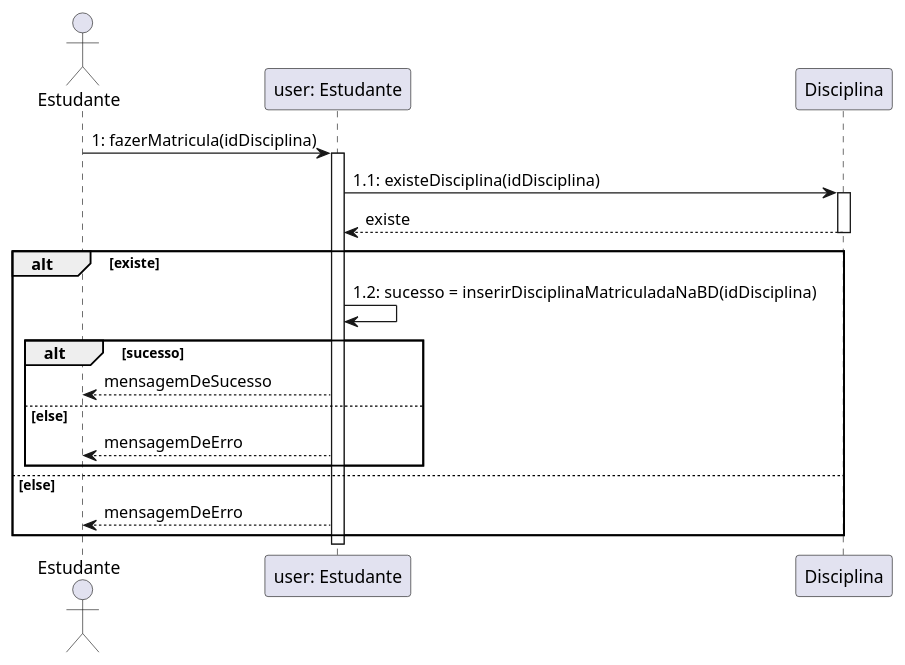
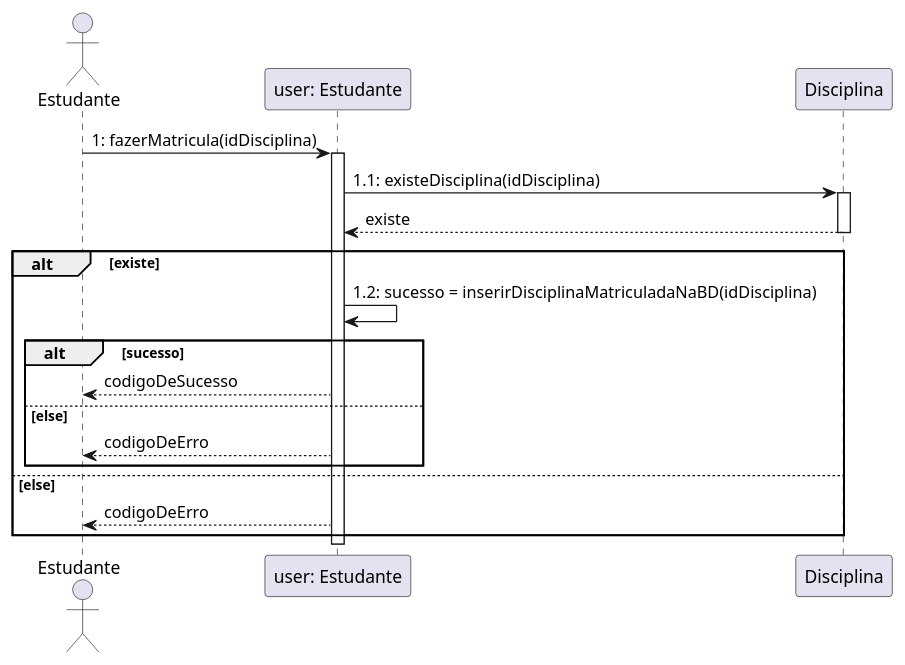
One commit to lucasg-mm/ensinet changed the diagram in diagramas_interacao/diagramas_sequencia/fazer_matricula.plantuml. Above: the diagram before and after it, drawn with PlantUML. The commit also changed 3 other files, not shown here.

```diff
--- a/diagramas_interacao/diagramas_sequencia/fazer_matricula.plantuml
+++ b/diagramas_interacao/diagramas_sequencia/fazer_matricula.plantuml
@@ -1,20 +1,20 @@
 @startuml fazer_matricula
 actor Estudante
 Estudante->"user: Estudante": 1: fazerMatricula(idDisciplina)
 activate "user: Estudante"
 "user: Estudante"->Disciplina: 1.1: existeDisciplina(idDisciplina)
 activate "Disciplina"
 Disciplina-->"user: Estudante": existe 
 deactivate "Disciplina"
 alt existe
 "user: Estudante"->"user: Estudante": 1.2: sucesso = inserirDisciplinaMatriculadaNaBD(idDisciplina)
 alt sucesso
-"user: Estudante"-->Estudante: mensagemDeSucesso
+"user: Estudante"-->Estudante: codigoDeSucesso
 else else
-"user: Estudante"-->Estudante: mensagemDeErro
+"user: Estudante"-->Estudante: codigoDeErro
 end
 else else
-"user: Estudante"-->Estudante: mensagemDeErro
+"user: Estudante"-->Estudante: codigoDeErro
 end
 deactivate "user: Estudante"
 @enduml
```
